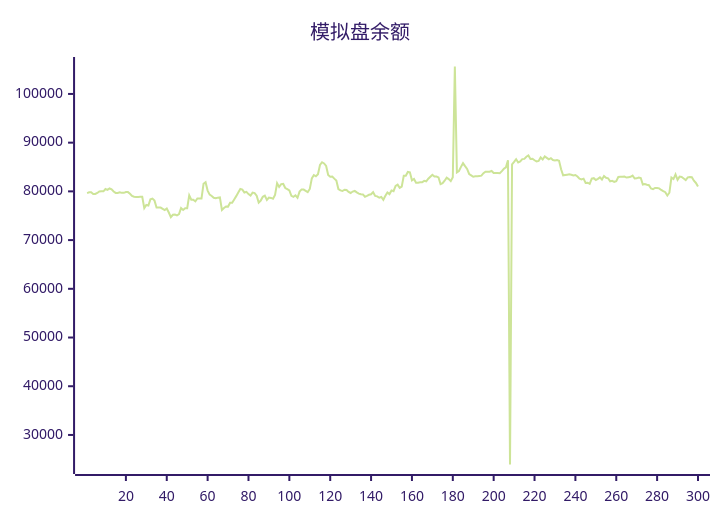
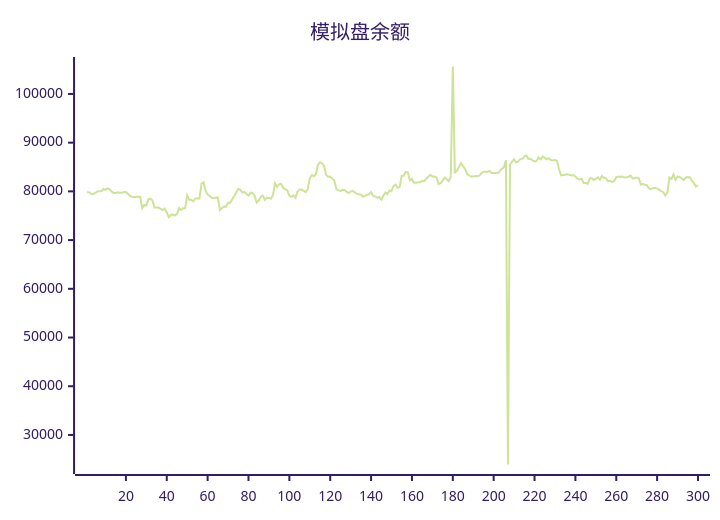
One commit to aahl/ai-trading changed the diagram in README.md. Above: the diagram before and after it, drawn with Mermaid (forest theme). The commit also changed other lines of this file and 1 other file, not shown here.

````diff
--- a/README.md
+++ b/README.md
@@ -5,5 +5,5 @@
 ```mermaid
 xychart
     title "模拟盘余额"
-    line [79652,79813,79813,79476,79469,79673,79995,80015,80015,80486,80314,80600,80436,79966,79689,79689,79819,79692,79692,79850,79850,79518,79071,78889,78850,78850,78878,78878,76554,77202,77103,78357,78510,78106,76678,76677,76672,76411,76159,76485,75656,74695,75197,75246,75052,75334,76564,76179,76553,76551,79196,78300,78300,77944,78531,78531,78521,81564,81884,80160,79335,79055,78675,78580,78708,78764,76179,76586,76902,76876,77658,77669,78346,79023,79769,80497,80366,79761,79896,79448,79126,79749,79658,79097,77695,78114,78888,79126,78249,78738,78653,78478,79271,81680,80923,81488,81527,80681,80455,80190,79084,78879,79193,78686,79954,80403,80374,80118,79848,80491,82665,83351,83098,83525,85430,85983,85737,85221,83378,83014,83043,82613,82216,80477,80208,80081,80348,80277,79894,79670,79965,80093,79786,79542,79406,79371,78893,79087,79304,79406,79841,79072,78978,78696,78846,78272,79085,79787,79442,80198,80031,81120,81379,80718,80985,83214,83212,83993,83921,82270,82547,81776,81776,81866,81866,82158,82061,82596,83000,83408,83041,83050,82858,81503,81691,82188,82812,82517,82092,82901,105633,83898,84180,85030,85781,85178,84604,83569,83298,83008,83093,83107,83175,83228,83729,84025,84017,84019,84177,83775,83762,83785,83738,84160,84639,84939,86370,23934,85548,86046,86599,85942,86161,86622,86664,87115,87369,86666,86685,86384,86152,86243,86969,86548,87164,86885,86566,86809,86427,86348,86417,86273,84538,83299,83369,83430,83490,83404,83270,83362,83056,82605,82459,82614,81734,81788,81551,82598,82702,82320,82580,82878,82426,83139,82778,82686,82056,82166,81963,82110,82951,82983,82984,83038,82838,82915,82998,83235,82642,82682,82858,82746,81396,81512,81362,81277,80600,80461,80699,80673,80616,80288,80038,79836,79142,79722,82837,82533,83480,82366,83032,82960,82654,82330,82883,82934,82901,82188,81728,81005]
+    line [79813,79813,79476,79469,79673,79995,80015,80015,80486,80314,80600,80436,79966,79689,79689,79819,79692,79692,79850,79850,79518,79071,78889,78850,78850,78878,78878,76554,77202,77103,78357,78510,78106,76678,76677,76672,76411,76159,76485,75656,74695,75197,75246,75052,75334,76564,76179,76553,76551,79196,78300,78300,77944,78531,78531,78521,81564,81884,80160,79335,79055,78675,78580,78708,78764,76179,76586,76902,76876,77658,77669,78346,79023,79769,80497,80366,79761,79896,79448,79126,79749,79658,79097,77695,78114,78888,79126,78249,78738,78653,78478,79271,81680,80923,81488,81527,80681,80455,80190,79084,78879,79193,78686,79954,80403,80374,80118,79848,80491,82665,83351,83098,83525,85430,85983,85737,85221,83378,83014,83043,82613,82216,80477,80208,80081,80348,80277,79894,79670,79965,80093,79786,79542,79406,79371,78893,79087,79304,79406,79841,79072,78978,78696,78846,78272,79085,79787,79442,80198,80031,81120,81379,80718,80985,83214,83212,83993,83921,82270,82547,81776,81776,81866,81866,82158,82061,82596,83000,83408,83041,83050,82858,81503,81691,82188,82812,82517,82092,82901,105633,83898,84180,85030,85781,85178,84604,83569,83298,83008,83093,83107,83175,83228,83729,84025,84017,84019,84177,83775,83762,83785,83738,84160,84639,84939,86370,23934,85548,86046,86599,85942,86161,86622,86664,87115,87369,86666,86685,86384,86152,86243,86969,86548,87164,86885,86566,86809,86427,86348,86417,86273,84538,83299,83369,83430,83490,83404,83270,83362,83056,82605,82459,82614,81734,81788,81551,82598,82702,82320,82580,82878,82426,83139,82778,82686,82056,82166,81963,82110,82951,82983,82984,83038,82838,82915,82998,83235,82642,82682,82858,82746,81396,81512,81362,81277,80600,80461,80699,80673,80616,80288,80038,79836,79142,79722,82837,82533,83480,82366,83032,82960,82654,82330,82883,82934,82901,82188,81728,81005,81298]
 ```
````
